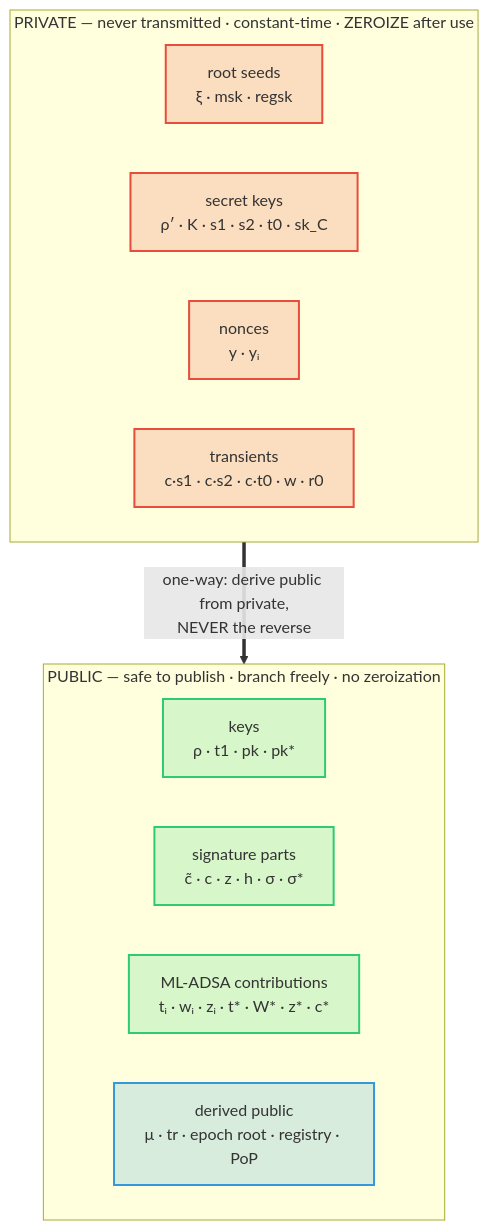
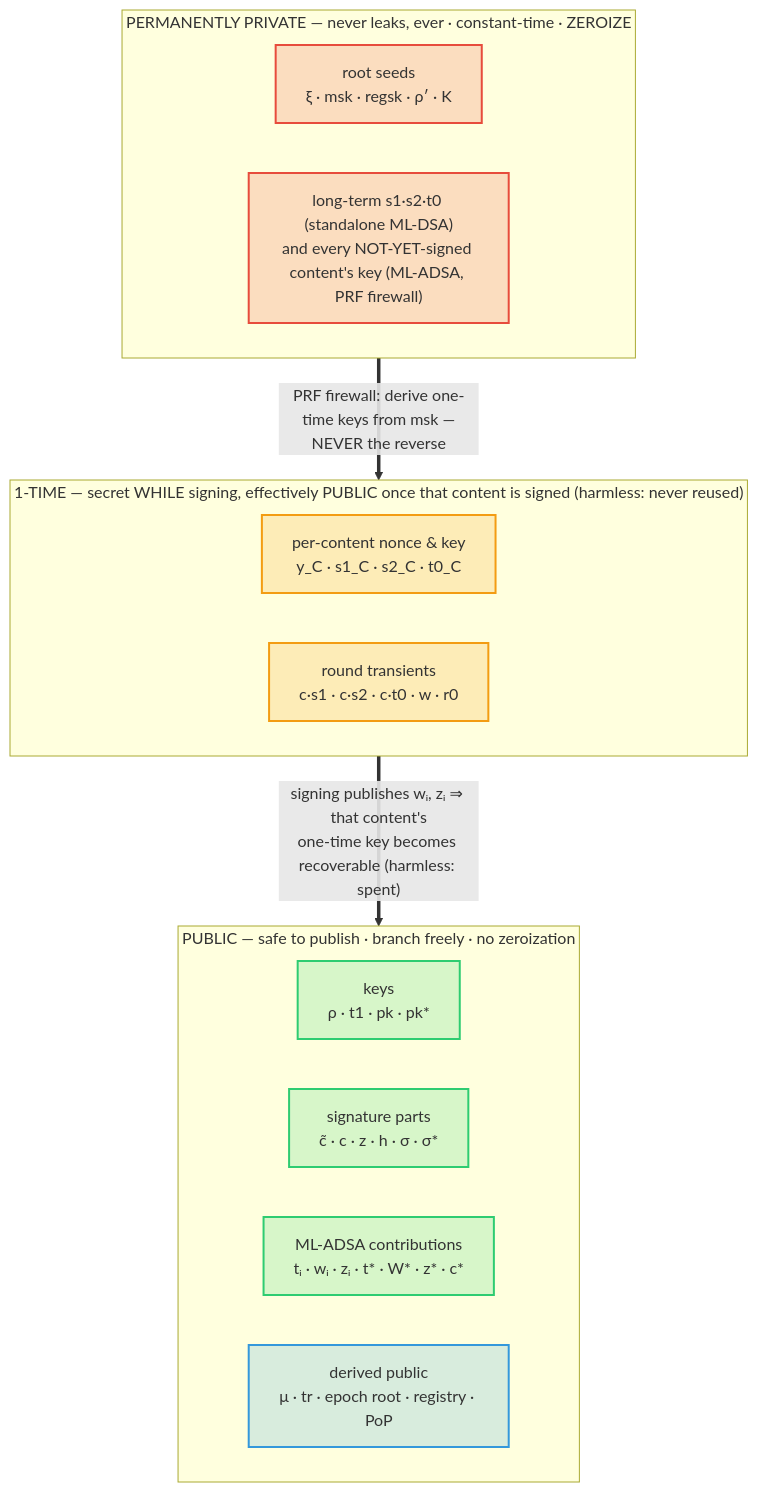
One commit to pq-cybarg/ml-adsa-site changed diagram 22 of 22 in docs/reference/41-visual-methods-and-security.md. Above: the diagram before and after it, drawn with Mermaid. The commit also changed other lines of this file and 6 other files, not shown here.

````diff
--- a/docs/reference/41-visual-methods-and-security.md
+++ b/docs/reference/41-visual-methods-and-security.md
@@ -1032,21 +1038,26 @@
 ```mermaid
 flowchart TB
-  subgraph PRIV["PRIVATE — never transmitted · constant-time · ZEROIZE after use"]
+  subgraph PRIV["PERMANENTLY PRIVATE — never leaks, ever · constant-time · ZEROIZE"]
     direction LR
-    p1["root seeds<br/>ξ · msk · regsk"]:::secret
-    p2["secret keys<br/>ρ′ · K · s1 · s2 · t0 · sk_C"]:::secret
-    p3["nonces<br/>y · yᵢ"]:::secret
-    p4["transients<br/>c·s1 · c·s2 · c·t0 · w · r0"]:::secret
+    p1["root seeds<br/>ξ · msk · regsk · ρ′ · K"]:::secret
+    p5["long-term s1·s2·t0 (standalone ML-DSA)<br/>and every NOT-YET-signed content's key (ML-ADSA, PRF firewall)"]:::secret
+  end
+  subgraph ONETIME["1-TIME — secret WHILE signing, effectively PUBLIC once that content is signed (harmless: never reused)"]
+    direction LR
+    p3["per-content nonce & key<br/>y_C · s1_C · s2_C · t0_C"]:::danger
+    p4["round transients<br/>c·s1 · c·s2 · c·t0 · w · r0"]:::danger
   end
   subgraph PUBL["PUBLIC — safe to publish · branch freely · no zeroization"]
     direction LR
     u1["keys<br/>ρ · t1 · pk · pk*"]:::public
     u2["signature parts<br/>c̃ · c · z · h · σ · σ*"]:::public
     u3["ML-ADSA contributions<br/>tᵢ · wᵢ · zᵢ · t* · W* · z* · c*"]:::public
     u4["derived public<br/>μ · tr · epoch root · registry · PoP"]:::derived
   end
-  PRIV ==>|"one-way: derive public from private,<br/>NEVER the reverse"| PUBL
+  PRIV ==>|"PRF firewall: derive one-time keys from msk —<br/>NEVER the reverse"| ONETIME
+  ONETIME ==>|"signing publishes wᵢ, zᵢ ⇒ that content's<br/>one-time key becomes recoverable (harmless: spent)"| PUBL
   classDef secret fill:#e74c3c30,stroke:#e74c3c,stroke-width:2px;
   classDef public fill:#2ecc7130,stroke:#2ecc71,stroke-width:2px;
   classDef derived fill:#3498db30,stroke:#3498db,stroke-width:2px;
+  classDef danger fill:#f39c1230,stroke:#f39c12,stroke-width:2px;
 ```
````
